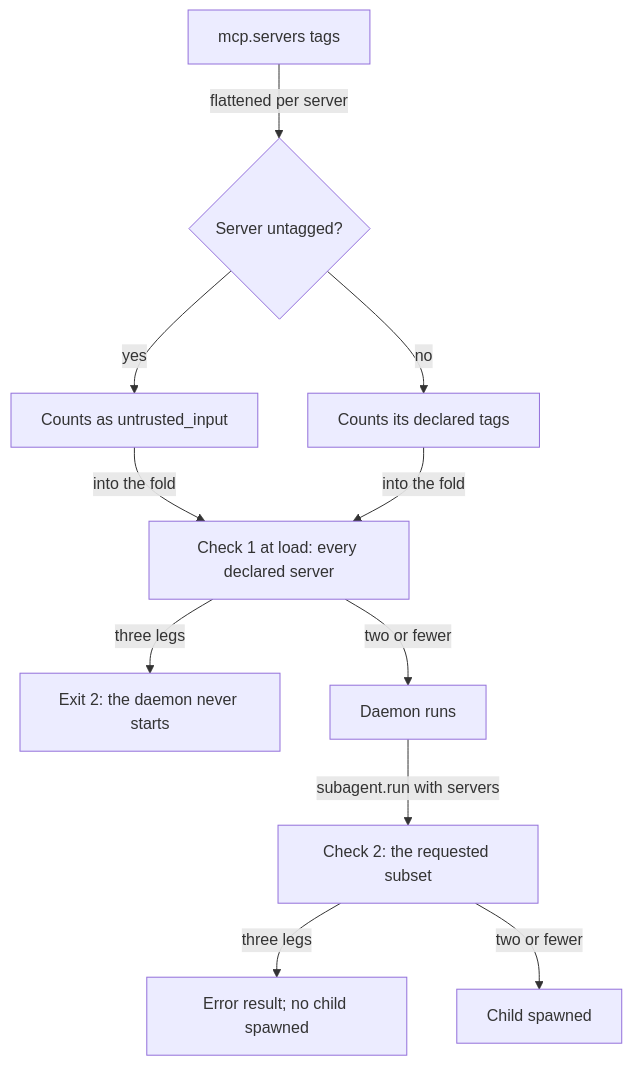
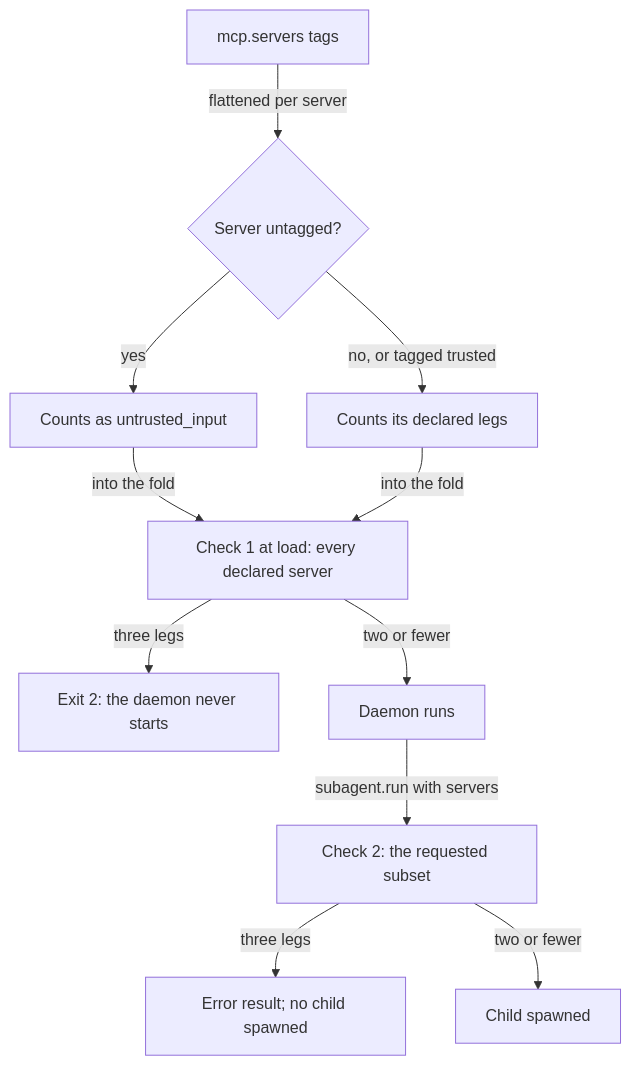
Before and after one commit to agentd-dev/source-code: the second of 4 diagrams in docs/security.md, drawn with Mermaid. The commit also changed other lines of this file and 33 other files, not shown here.

````diff
--- a/docs/security.md
+++ b/docs/security.md
@@ -151,13 +160,13 @@
 ```mermaid
 flowchart TB
   A["mcp.servers tags"] -->|"flattened per server"| B{"Server untagged?"}
   B -->|"yes"| C["Counts as untrusted_input"]
-  B -->|"no"| D["Counts its declared tags"]
+  B -->|"no, or tagged trusted"| D["Counts its declared legs"]
   C -->|"into the fold"| E["Check 1 at load: every declared server"]
   D -->|"into the fold"| E
   E -->|"three legs"| F["Exit 2: the daemon never starts"]
   E -->|"two or fewer"| G["Daemon runs"]
   G -->|"subagent.run with servers"| H["Check 2: the requested subset"]
   H -->|"three legs"| I["Error result; no child spawned"]
   H -->|"two or fewer"| J["Child spawned"]
 ```
````
